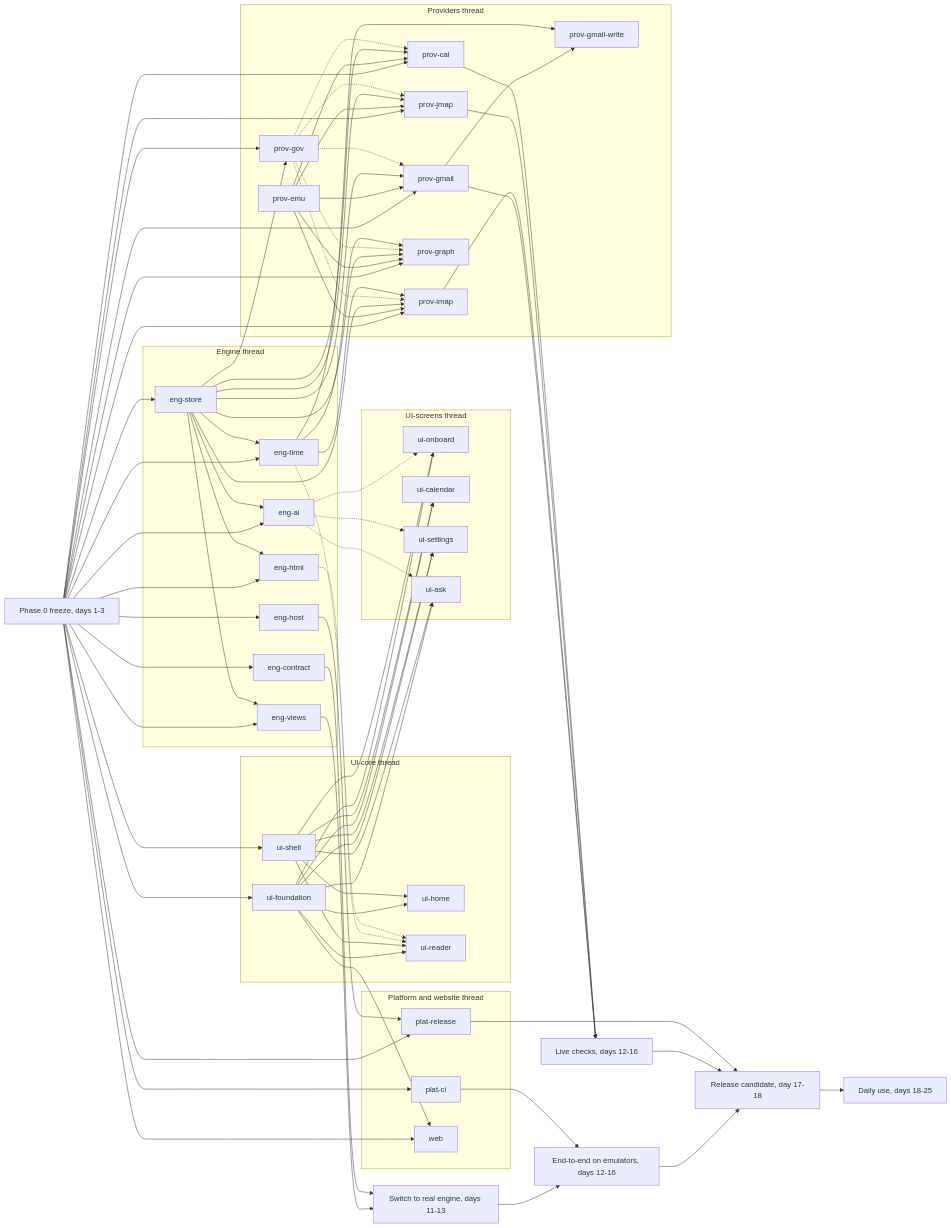
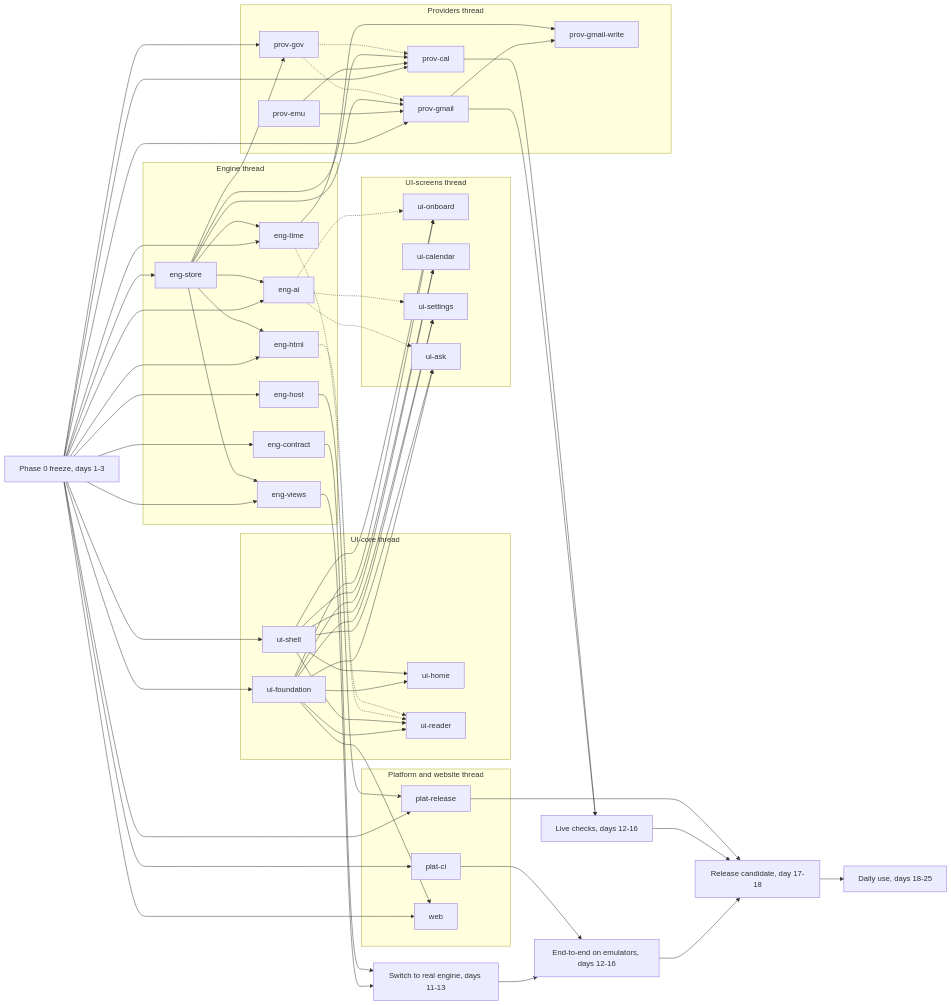
Before and after one commit to notkainoa/aplos-mail: the diagram in plans/00-roadmap.md, drawn with Mermaid. The commit also changed other lines of this file and 9 other files, not shown here.

Commit message:
Plans: Gmail and Google Calendar first, Outlook/iCloud/Fastmail moved to round 2; Gmail quota and Groq test key recorded

````diff
--- a/plans/00-roadmap.md
+++ b/plans/00-roadmap.md
@@ -217,64 +224,61 @@
 ```mermaid
 flowchart LR
   P0["Phase 0 freeze, days 1-3"]
   subgraph ENG["Engine thread"]
     contract["eng-contract"]
     store["eng-store"]
     views["eng-views"]
     time["eng-time"]
     ai["eng-ai"]
     html["eng-html"]
     host["eng-host"]
   end
   subgraph PROV["Providers thread"]
     emu["prov-emu"]
     gov["prov-gov"]
     gmail["prov-gmail"]
     gwrite["prov-gmail-write"]
-    imap["prov-imap"]
-    jmap["prov-jmap"]
     cal["prov-cal"]
-    outlook["prov-graph"]
   end
   subgraph UIC["UI-core thread"]
     found["ui-foundation"]
     shell["ui-shell"]
     home["ui-home"]
     reader["ui-reader"]
   end
   subgraph UIS["UI-screens thread"]
     onboard["ui-onboard"]
     calui["ui-calendar"]
     settings["ui-settings"]
     ask["ui-ask"]
   end
   subgraph PLAT["Platform and website thread"]
     ci["plat-ci"]
     rel["plat-release"]
     web["web"]
   end
   P0 --> contract & store & views & time & ai & html & host
-  P0 --> gov & gmail & imap & jmap & cal & outlook
+  P0 --> gov & gmail & cal
   P0 --> found & shell
   P0 --> ci & rel & web
-  emu --> gmail & imap & jmap & cal & outlook
-  store --> views & time & ai & html & gov & gmail & imap & jmap & cal & outlook
-  gov -.-> gmail & imap & jmap & cal & outlook
+  emu --> gmail & cal
+  store --> views & time & ai & html & gov & gmail & cal
+  gov -.-> gmail & cal
   gmail --> gwrite
-  time --> gwrite & imap & outlook
+  time --> gwrite
   found --> home & reader & onboard & calui & settings & ask & web
   shell --> home & reader & onboard & calui & settings & ask
   html -.-> reader
   time -.-> reader
   ai -.-> onboard & ask & settings
   host --> rel
   views --> FLIP["Switch to real engine, days 11-13"]
   contract --> FLIP
   FLIP --> E2E["End-to-end on emulators, days 12-16"]
   gmail --> LIVE["Live checks, days 12-16"]
-  imap & jmap & cal --> LIVE
+  cal --> LIVE
   E2E & LIVE --> RC["Release candidate, day 17-18"]
   ci --> E2E
   rel --> RC
   RC --> DOG["Daily use, days 18-25"]
 ```
````
